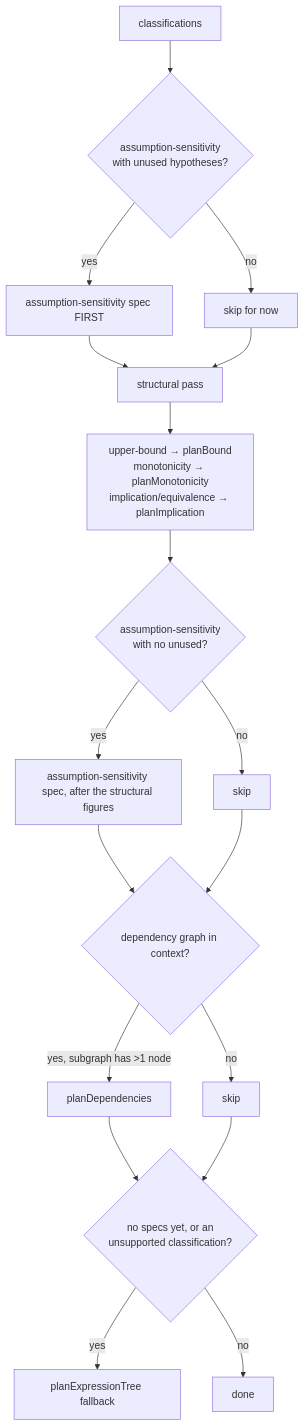
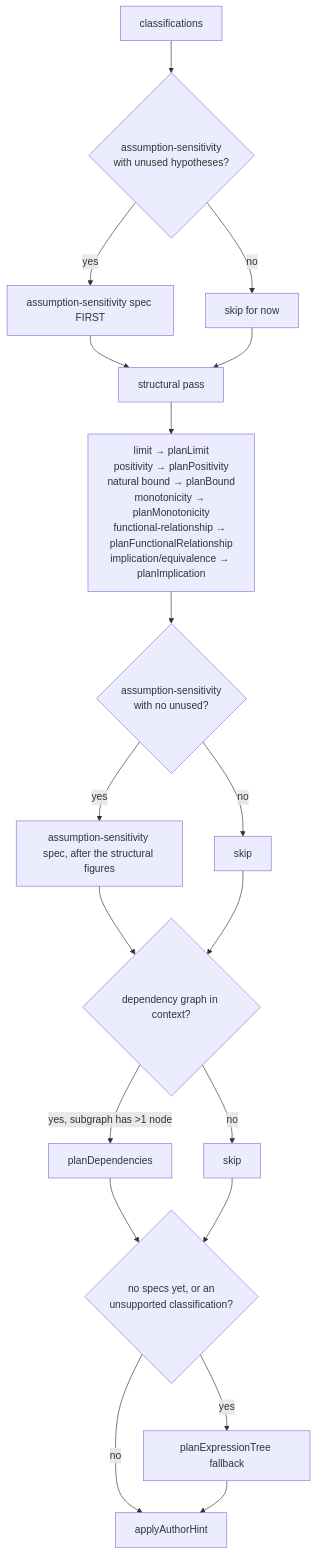
One commit to jdhart81/prooflens changed the diagram in docs/visual-ir.md. Above: the diagram before and after it, drawn with Mermaid. The commit also changed other lines of this file and 64 other files, not shown here.

````diff
--- a/docs/visual-ir.md
+++ b/docs/visual-ir.md
@@ -362,20 +425,21 @@
 ```mermaid
 flowchart TD
     A[classifications] --> B{assumption-sensitivity<br/>with unused hypotheses?}
     B -->|yes| C[assumption-sensitivity spec FIRST]
     B -->|no| D[skip for now]
     C --> E[structural pass]
     D --> E
-    E --> F[upper-bound → planBound<br/>monotonicity → planMonotonicity<br/>implication/equivalence → planImplication]
+    E --> F[limit → planLimit<br/>positivity → planPositivity<br/>natural bound → planBound<br/>monotonicity → planMonotonicity<br/>functional-relationship → planFunctionalRelationship<br/>implication/equivalence → planImplication]
     F --> G{assumption-sensitivity<br/>with no unused?}
     G -->|yes| H[assumption-sensitivity spec, after the structural figures]
     G -->|no| I[skip]
     H --> J{dependency graph in context?}
     I --> J
     J -->|yes, subgraph has >1 node| K[planDependencies]
     J -->|no| L[skip]
     K --> M{no specs yet, or an<br/>unsupported classification?}
     L --> M
     M -->|yes| N[planExpressionTree fallback]
-    M -->|no| O[done]
+    M -->|no| O[applyAuthorHint]
+    N --> O
 ```
````
